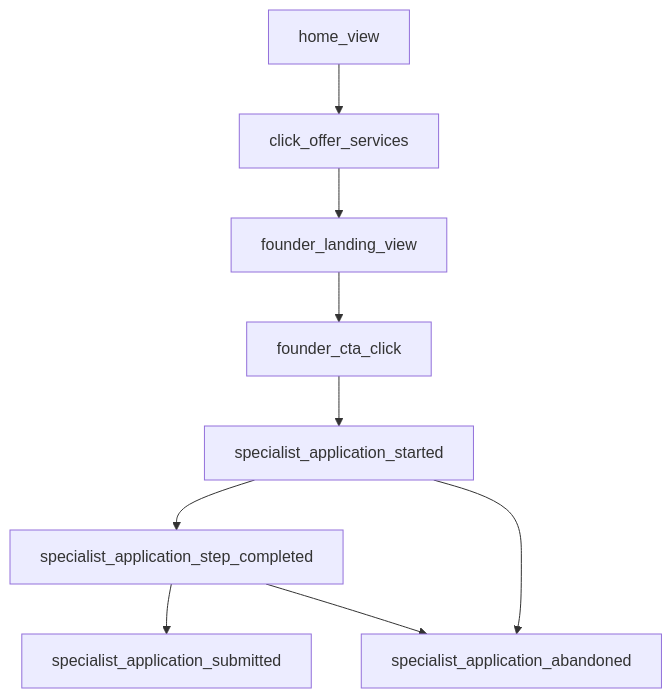
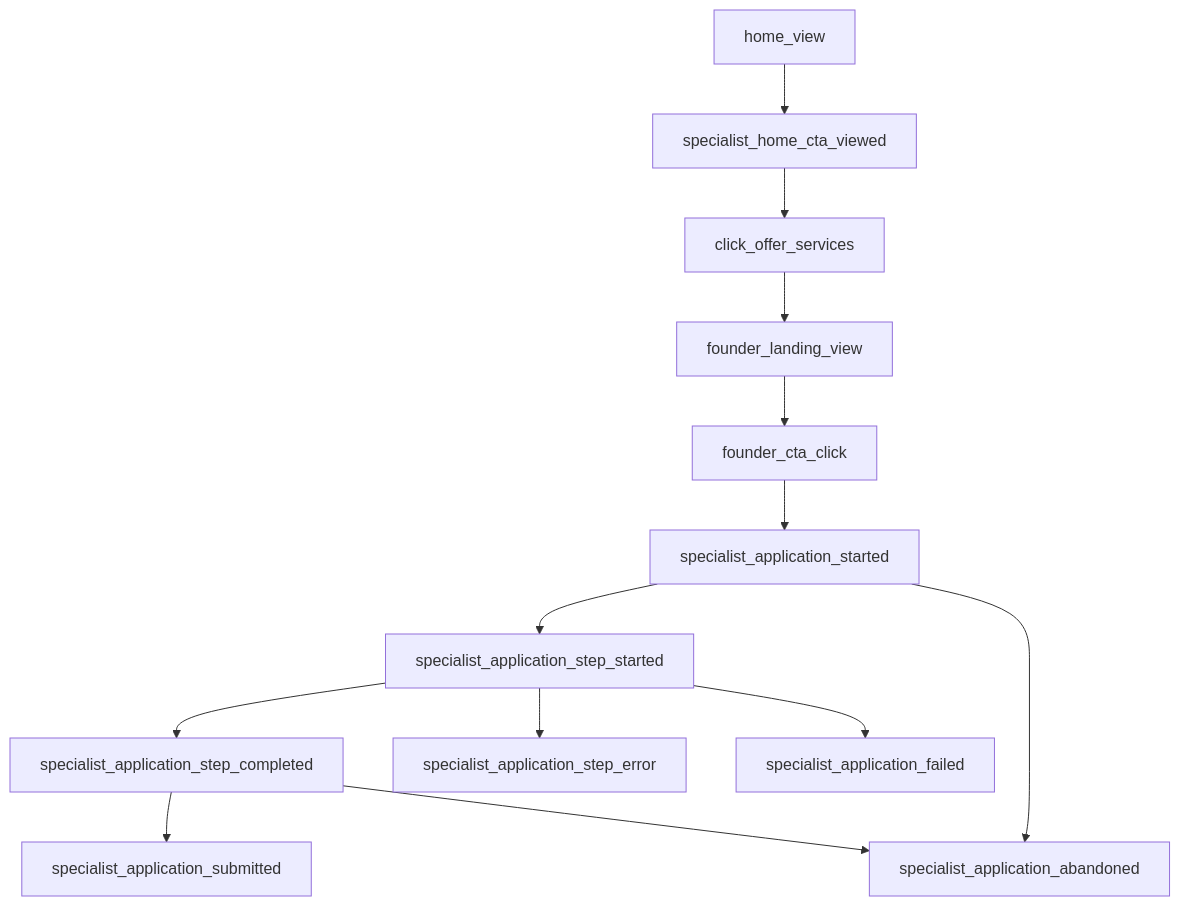
One commit to bperez-wq/oficiospro changed the diagram in docs/conversion-funnel-specialists.md. Above: the diagram before and after it, drawn with Mermaid. The commit also changed other lines of this file and 9 other files, not shown here.

````diff
--- a/docs/conversion-funnel-specialists.md
+++ b/docs/conversion-funnel-specialists.md
@@ -7,11 +7,15 @@
 ```mermaid
 flowchart TD
-  A["home_view"] --> B["click_offer_services"]
-  B --> C["founder_landing_view"]
-  C --> D["founder_cta_click"]
-  D --> E["specialist_application_started"]
-  E --> F["specialist_application_step_completed"]
-  F --> G["specialist_application_submitted"]
-  E --> H["specialist_application_abandoned"]
-  F --> H
+  A["home_view"] --> B["specialist_home_cta_viewed"]
+  B --> C["click_offer_services"]
+  C --> D["founder_landing_view"]
+  D --> E["founder_cta_click"]
+  E --> F["specialist_application_started"]
+  F --> G["specialist_application_step_started"]
+  G --> H["specialist_application_step_completed"]
+  H --> I["specialist_application_submitted"]
+  G --> J["specialist_application_step_error"]
+  F --> K["specialist_application_abandoned"]
+  H --> K
+  G --> L["specialist_application_failed"]
 ```
````
